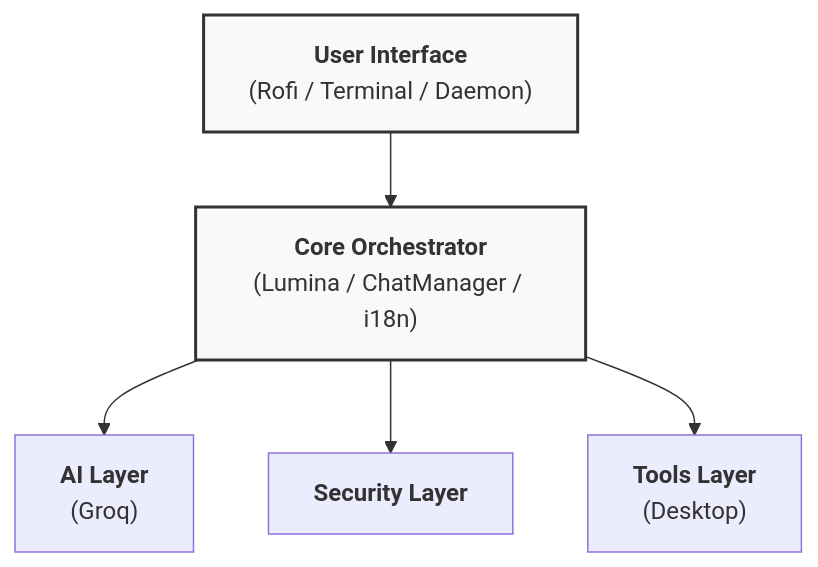
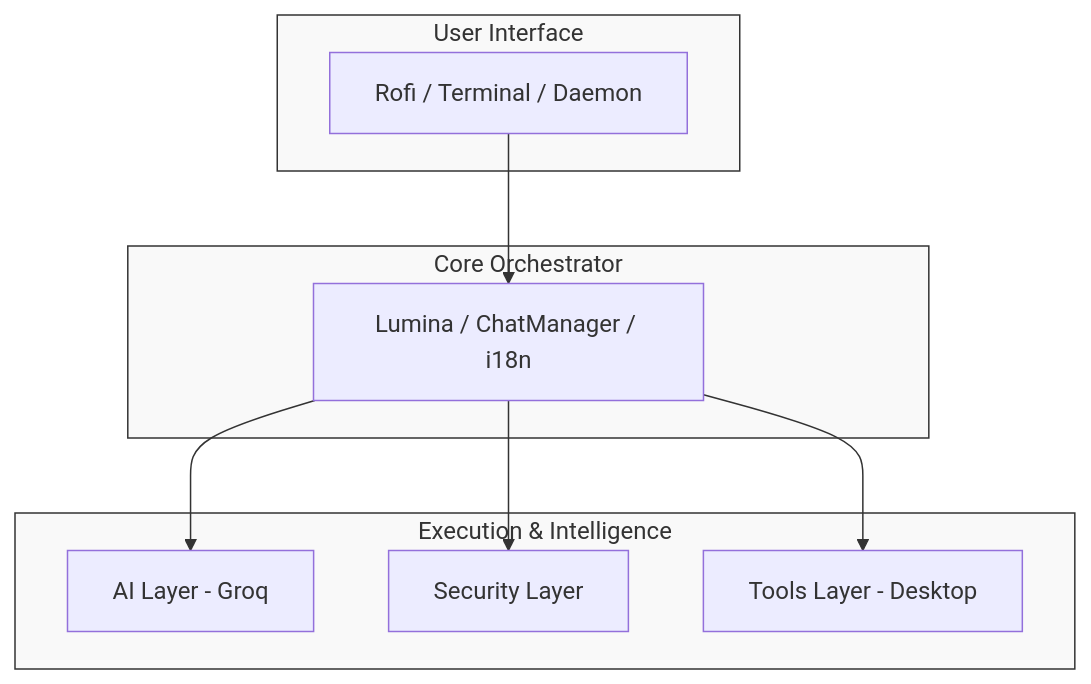
One commit to Rafacuy/desklumina changed the diagram in README.md. Above: the diagram before and after it, drawn with Mermaid. The commit also changed other lines of this file and 16 other files, not shown here.

First line of the commit message:
docs: Improvements and add UML Charts

````diff
--- a/README.md
+++ b/README.md
@@ -132,19 +132,25 @@
 ```mermaid
-graph TD
-    UI["<b>User Interface</b><br/>(Rofi / Terminal / Daemon)"]
-    
-    Core["<b>Core Orchestrator</b><br/>(Lumina / ChatManager / i18n)"]
-    
-    AI["<b>AI Layer</b><br/>(Groq)"]
-    Security["<b>Security Layer</b>"]
-    Tools["<b>Tools Layer</b><br/>(Desktop)"]
+flowchart TD
+    subgraph Frontend [User Interface]
+        UI[Rofi / Terminal / Daemon]
+    end
+
+    subgraph Logic [Core Orchestrator]
+        Core[Lumina / ChatManager / i18n]
+    end
+
+    subgraph Backend [Execution & Intelligence]
+        AI[AI Layer - Groq]
+        Security[Security Layer]
+        Tools[Tools Layer - Desktop]
+    end
 
     UI --> Core
-    
     Core --> AI
     Core --> Security
     Core --> Tools
 
-    style UI fill:#f9f9f9,stroke:#333,stroke-width:2px
-    style Core fill:#f9f9f9,stroke:#333,stroke-width:2px
+    style Frontend fill:#f9f9f9,stroke:#333
+    style Logic fill:#f9f9f9,stroke:#333
+    style Backend fill:#f9f9f9,stroke:#333
 ```
````
